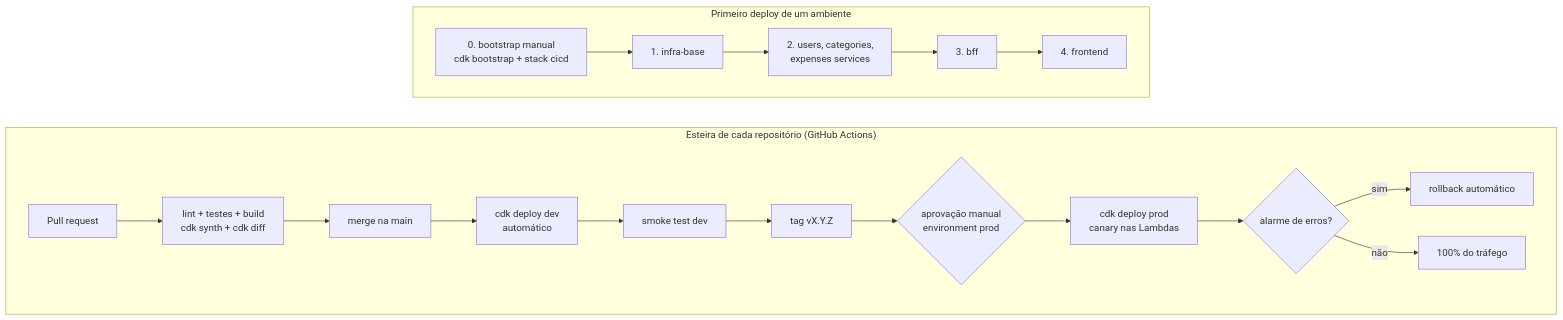
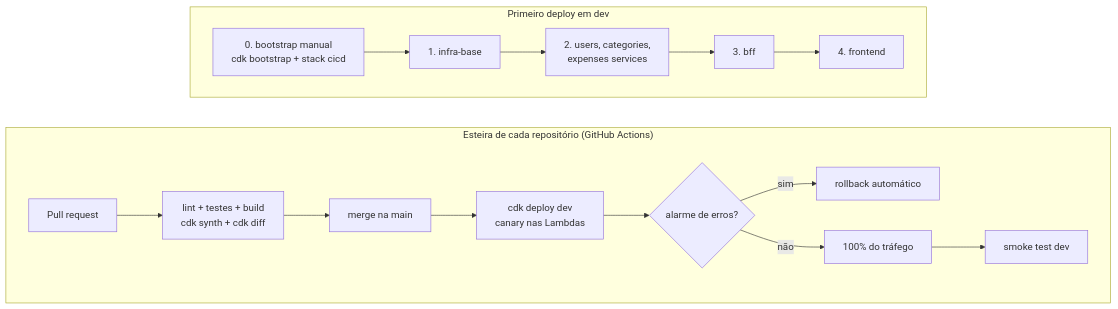
One commit to Rossete-Inc/gestor-gastos-infra-base changed diagram 12 of 13 in docs/diagramas.md. Above: the diagram before and after it, drawn with Mermaid. The commit also changed other lines of this file and 13 other files, not shown here.

First line of the commit message:
chore: ambiente único (dev) na AWS e role só leitura para o cdk diff

````diff
--- a/docs/diagramas.md
+++ b/docs/diagramas.md
@@ -369,24 +369,21 @@
 ```mermaid
 flowchart LR
     subgraph pipeline["Esteira de cada repositório (GitHub Actions)"]
         direction LR
         pr["Pull request"] --> checks["lint + testes + build<br/>cdk synth + cdk diff"]
         checks --> merge["merge na main"]
-        merge --> dev["cdk deploy dev<br/>automático"]
-        dev --> smoke["smoke test dev"]
-        smoke --> tag["tag vX.Y.Z"]
-        tag --> aprov{"aprovação manual<br/>environment prod"}
-        aprov --> prod["cdk deploy prod<br/>canary nas Lambdas"]
-        prod --> alarme{"alarme de erros?"}
+        merge --> dev["cdk deploy dev<br/>canary nas Lambdas"]
+        dev --> alarme{"alarme de erros?"}
         alarme -- "sim" --> rollback["rollback automático"]
         alarme -- "não" --> ok["100% do tráfego"]
+        ok --> smoke["smoke test dev"]
     end
 
-    subgraph ordem["Primeiro deploy de um ambiente"]
+    subgraph ordem["Primeiro deploy em dev"]
         direction LR
         o0["0. bootstrap manual<br/>cdk bootstrap + stack cicd"] --> o1["1. infra-base"]
         o1 --> o2["2. users, categories,<br/>expenses services"]
         o2 --> o3["3. bff"]
         o3 --> o4["4. frontend"]
     end
 ```
````
